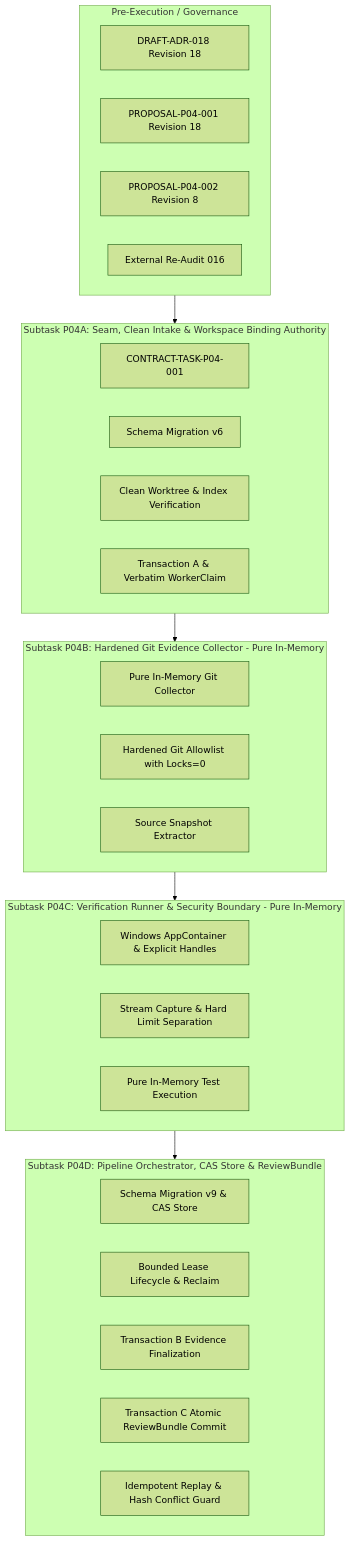
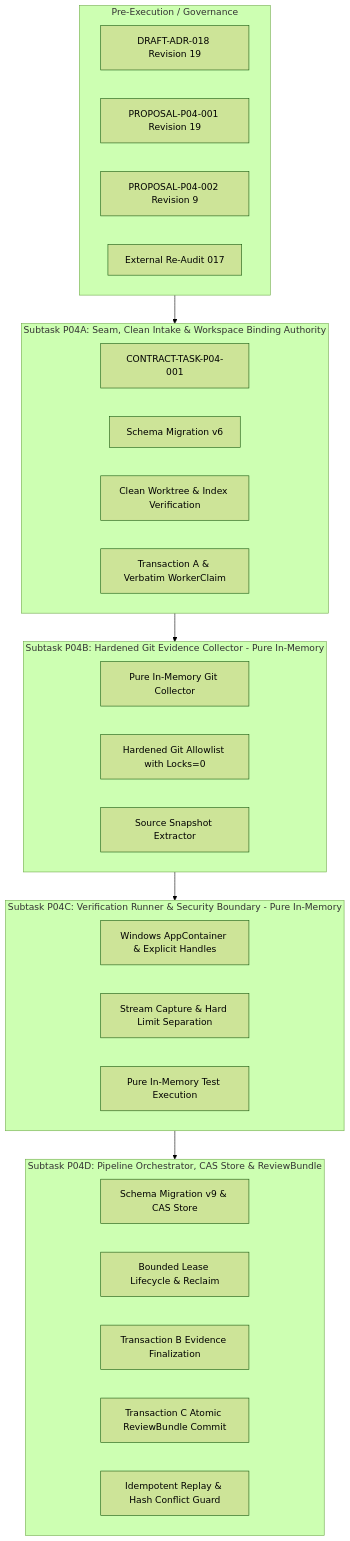
Before and after one commit to trungqwe/ai-supervisor: the diagram in docs/plans/PLAN-P04-EVIDENCE-REVIEW.md, drawn with Mermaid (forest theme). The commit also changed other lines of this file and 6 other files, not shown here.

Commit message:
docs(p04): remediate architecture findings R18-001..002 and R17-003 (Revision 19)

````diff
--- a/docs/plans/PLAN-P04-EVIDENCE-REVIEW.md
+++ b/docs/plans/PLAN-P04-EVIDENCE-REVIEW.md
@@ -23,41 +23,41 @@
 ```mermaid
 flowchart TD
     subgraph PreExecution [Pre-Execution / Governance]
-        ADR18[DRAFT-ADR-018 Revision 18]
-        PROP1[PROPOSAL-P04-001 Revision 18]
-        PROP2[PROPOSAL-P04-002 Revision 8]
-        Audit016[External Re-Audit 016]
+        ADR18[DRAFT-ADR-018 Revision 19]
+        PROP1[PROPOSAL-P04-001 Revision 19]
+        PROP2[PROPOSAL-P04-002 Revision 9]
+        Audit017[External Re-Audit 017]
     end
 
     subgraph P04A [Subtask P04A: Seam, Clean Intake & Workspace Binding Authority]
         P04A_Contract[CONTRACT-TASK-P04-001]
         P04A_Mig[Schema Migration v6]
         P04A_Clean[Clean Worktree & Index Verification]
         P04A_Intake[Transaction A & Verbatim WorkerClaim]
     end
 
     subgraph P04B [Subtask P04B: Hardened Git Evidence Collector - Pure In-Memory]
         P04B_Collector[Pure In-Memory Git Collector]
         P04B_Allowlist[Hardened Git Allowlist with Locks=0]
         P04B_Snapshot[Source Snapshot Extractor]
     end
 
     subgraph P04C [Subtask P04C: Verification Runner & Security Boundary - Pure In-Memory]
         P04C_Sandbox[Windows AppContainer & Explicit Handles]
         P04C_Stream[Stream Capture & Hard Limit Separation]
         P04C_Execution[Pure In-Memory Test Execution]
     end
 
     subgraph P04D [Subtask P04D: Pipeline Orchestrator, CAS Store & ReviewBundle]
         P04D_Mig[Schema Migration v9 & CAS Store]
         P04D_Lease[Bounded Lease Lifecycle & Reclaim]
         P04D_TxB[Transaction B Evidence Finalization]
         P04D_TxC[Transaction C Atomic ReviewBundle Commit]
         P04D_Replay[Idempotent Replay & Hash Conflict Guard]
     end
 
     PreExecution --> P04A
     P04A --> P04B
     P04B --> P04C
     P04C --> P04D
 ```
````
